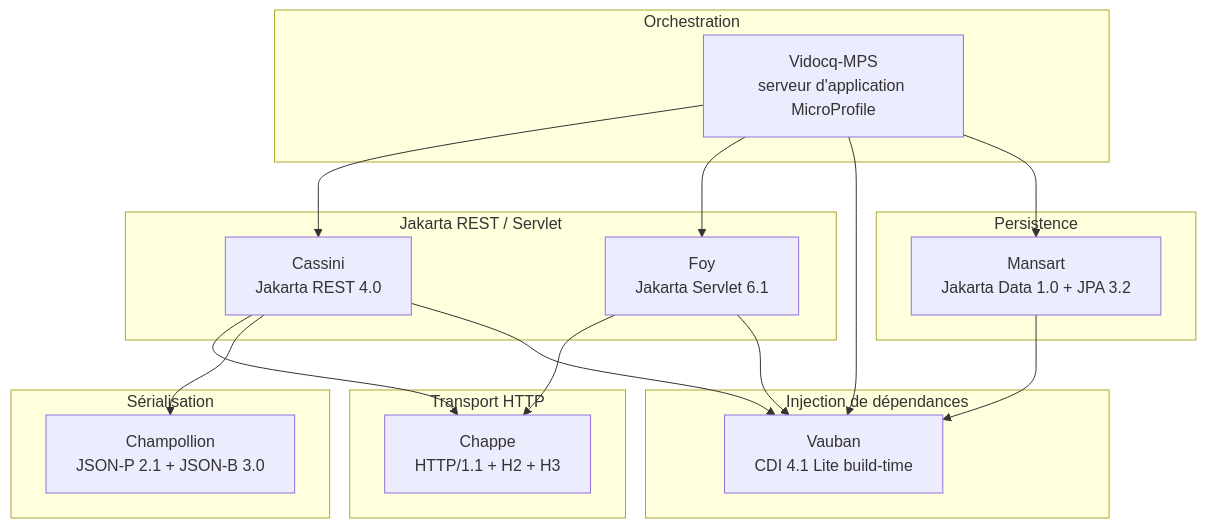
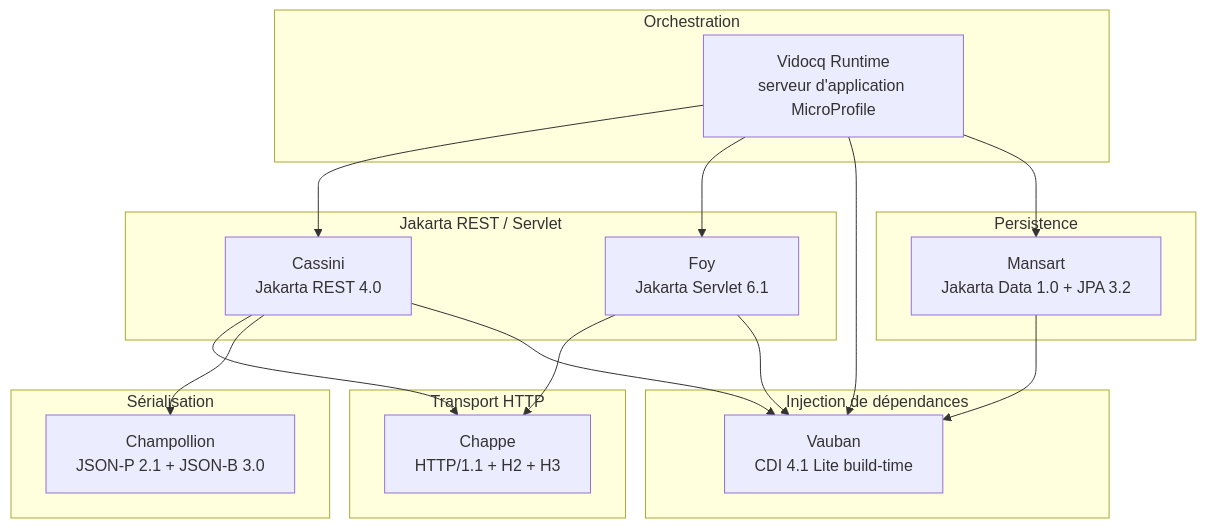
One commit to vidocq-stack/vidocq-docs changed the diagram in content/home-fr/modules/ROOT/pages/index.adoc. Above: the diagram before and after it, drawn with Mermaid. The commit also changed other lines of this file and 11 other files, not shown here.

Commit message:
docs: rename vidocq-mps → vidocq (Vidocq Runtime)

```diff
--- a/content/home-fr/modules/ROOT/pages/index.adoc
+++ b/content/home-fr/modules/ROOT/pages/index.adoc
@@ -12,34 +12,34 @@
 [mermaid]
 ....
 flowchart TB
     subgraph Orchestration["Orchestration"]
-        VIDOCQ[Vidocq-MPS<br/>serveur d'application MicroProfile]
+        VIDOCQ[Vidocq Runtime<br/>serveur d'application MicroProfile]
     end
     subgraph REST["Jakarta REST / Servlet"]
         CASSINI[Cassini<br/>Jakarta REST 4.0]
         FOY[Foy<br/>Jakarta Servlet 6.1]
     end
     subgraph Sérialisation["Sérialisation"]
         CHAMPOLLION[Champollion<br/>JSON-P 2.1 + JSON-B 3.0]
     end
     subgraph DI["Injection de dépendances"]
         VAUBAN[Vauban<br/>CDI 4.1 Lite build-time]
     end
     subgraph Persistence["Persistence"]
         MANSART[Mansart<br/>Jakarta Data 1.0 + JPA 3.2]
     end
     subgraph Transport["Transport HTTP"]
         CHAPPE[Chappe<br/>HTTP/1.1 + H2 + H3]
     end
 
     VIDOCQ --> CASSINI
     VIDOCQ --> FOY
     VIDOCQ --> VAUBAN
     VIDOCQ --> MANSART
     CASSINI --> CHAPPE
     CASSINI --> CHAMPOLLION
     CASSINI --> VAUBAN
     FOY --> CHAPPE
     FOY --> VAUBAN
     MANSART --> VAUBAN
 ....
```
